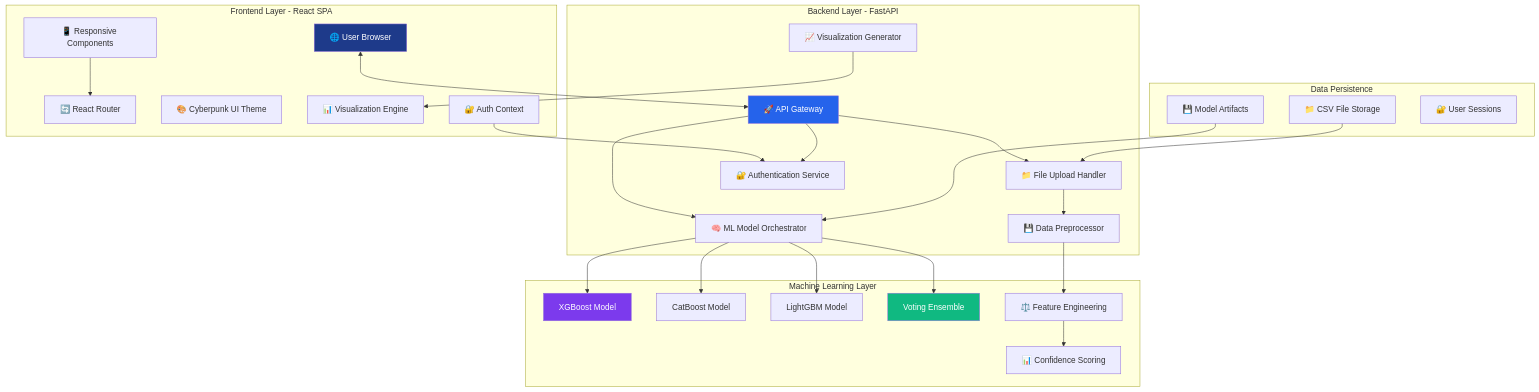
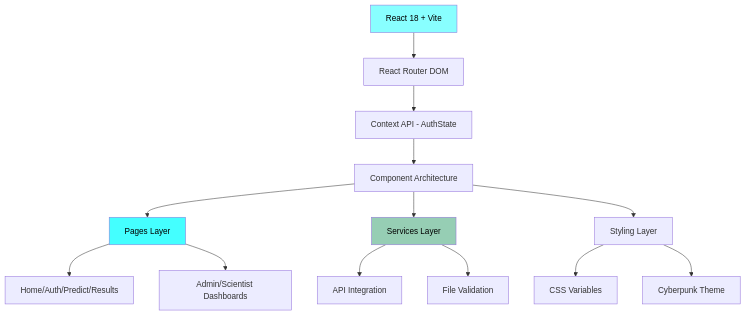
The first of 8 diagrams in readme.md (koffandaff/SpaceX), drawn with Mermaid before and after one commit. The commit also changed other lines of this file, not shown here.

````diff
--- a/readme.md
+++ b/readme.md
@@ -112,57 +70,22 @@
 ```mermaid
 graph TB
-    subgraph "Frontend Layer - React SPA"
-        A[🌐 User Browser]
-        B[📱 Responsive Components]
-        C[🔄 React Router]
-        D[🎨 Cyberpunk UI Theme]
-        E[📊 Visualization Engine]
-        F[🔐 Auth Context]
-    end
-
-    subgraph "Backend Layer - FastAPI"
-        G[🚀 API Gateway]
-        H[📁 File Upload Handler]
-        I[🔐 Authentication Service]
-        J[🧠 ML Model Orchestrator]
-        K[📈 Visualization Generator]
-        L[💾 Data Preprocessor]
-    end
-
-    subgraph "Machine Learning Layer"
-        M[XGBoost Model]
-        N[CatBoost Model]
-        O[LightGBM Model]
-        P[Voting Ensemble]
-        Q[⚖️ Feature Engineering]
-        R[📊 Confidence Scoring]
-    end
-
-    subgraph "Data Persistence"
-        S[📁 CSV File Storage]
-        T[💾 Model Artifacts]
-        U[🔐 User Sessions]
-    end
-
-    A <--> G
-    B --> C
-    F --> I
-    G --> H
-    G --> I
-    G --> J
-    H --> L
-    J --> M
-    J --> N
-    J --> O
-    J --> P
-    L --> Q
-    Q --> R
-    K --> E
-    S --> H
-    T --> J
+    A[React 18 + Vite] --> B[React Router DOM]
+    B --> C[Context API - AuthState]
+    C --> D[Component Architecture]
     
-    style A fill:#1e3a8a,color:#fff
-    style G fill:#2563eb,color:#fff
-    style M fill:#7c3aed,color:#fff
-    style P fill:#10b981,color:#fff
+    D --> E[Pages Layer]
+    E --> F[Home/Auth/Predict/Results]
+    E --> G[Admin/Scientist Dashboards]
+    
+    D --> H[Services Layer]
+    H --> I[API Integration]
+    H --> J[File Validation]
+    
+    D --> K[Styling Layer]
+    K --> L[CSS Variables]
+    K --> M[Cyberpunk Theme]
+    
+    style A fill:#88ffff,color:#000
+    style E fill:#44ffff,color:#000
+    style H fill:#96ceb4,color:#000
 ```
````
